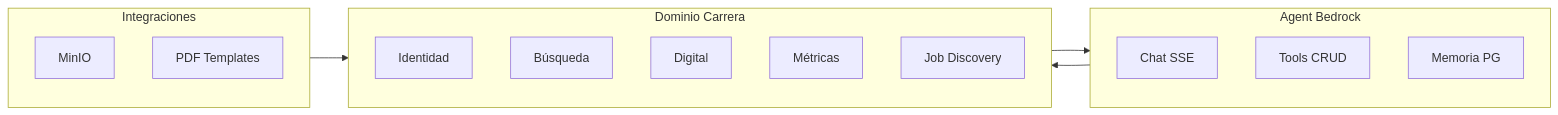
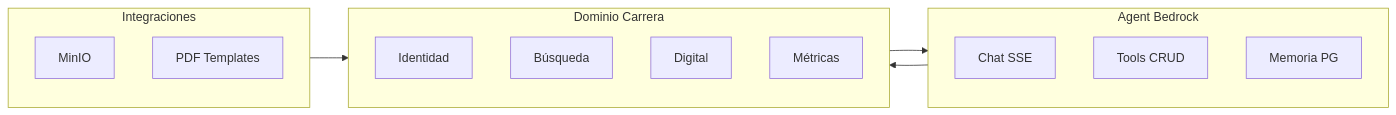
Before and after one commit to cjhirashi/cjhirashi-career: the second of 5 diagrams in cjhirashi-career-api/docs/ARCHITECTURE.md, drawn with Mermaid. The commit also changed other lines of this file and 66 other files, not shown here.

````diff
--- a/cjhirashi-career-api/docs/ARCHITECTURE.md
+++ b/cjhirashi-career-api/docs/ARCHITECTURE.md
@@ -189,25 +186,24 @@
 ```mermaid
 graph LR
     subgraph Career["Dominio Carrera"]
         ID[Identidad]
         SR[Búsqueda]
         DG[Digital]
         MT[Métricas]
-        JD[Job Discovery]
     end
 
     subgraph Agent["Agent Bedrock"]
         Chat[Chat SSE]
         Tools[Tools CRUD]
         Mem[Memoria PG]
     end
 
     subgraph Integrations["Integraciones"]
         Files[MinIO]
         PDF[PDF Templates]
     end
 
     Career --> Agent
     Agent --> Career
     Integrations --> Career
 ```
````
